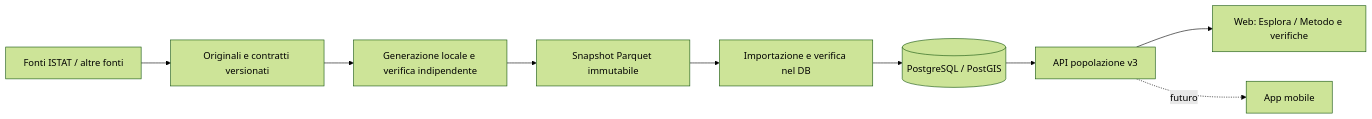
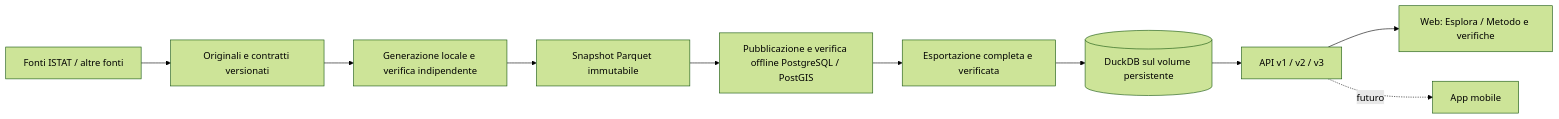
Before and after one commit to matik81/itadb: the diagram in README.md, drawn with Mermaid (forest theme). The commit also changed other lines of this file and 53 other files, not shown here.

````diff
--- a/README.md
+++ b/README.md
@@ -40,11 +40,12 @@
 ```mermaid
 flowchart LR
   S[Fonti ISTAT / altre fonti] --> R[Originali e contratti versionati]
   R --> G[Generazione locale e verifica indipendente]
   G --> P[Snapshot Parquet immutabile]
-  P --> I[Importazione e verifica nel DB]
-  I --> D[(PostgreSQL / PostGIS)]
-  D --> A[API popolazione v3]
+  P --> I[Pubblicazione e verifica offline PostgreSQL / PostGIS]
+  I --> E[Esportazione completa e verificata]
+  E --> D[(DuckDB sul volume persistente)]
+  D --> A[API v1 / v2 / v3]
   A --> W[Web: Esplora / Metodo e verifiche]
   A -. futuro .-> M[App mobile]
 ```
````
